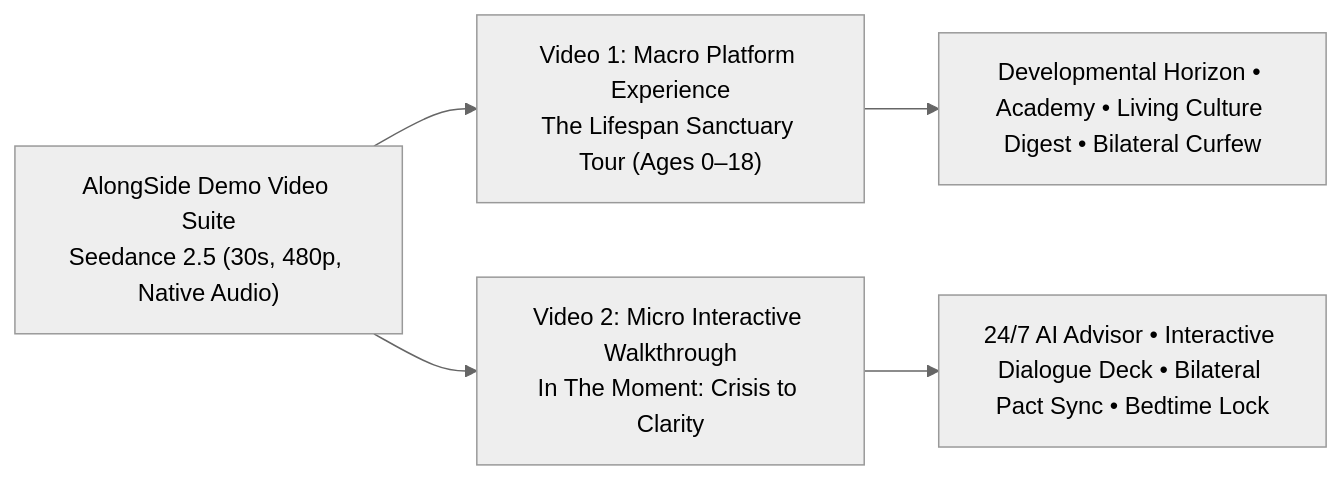
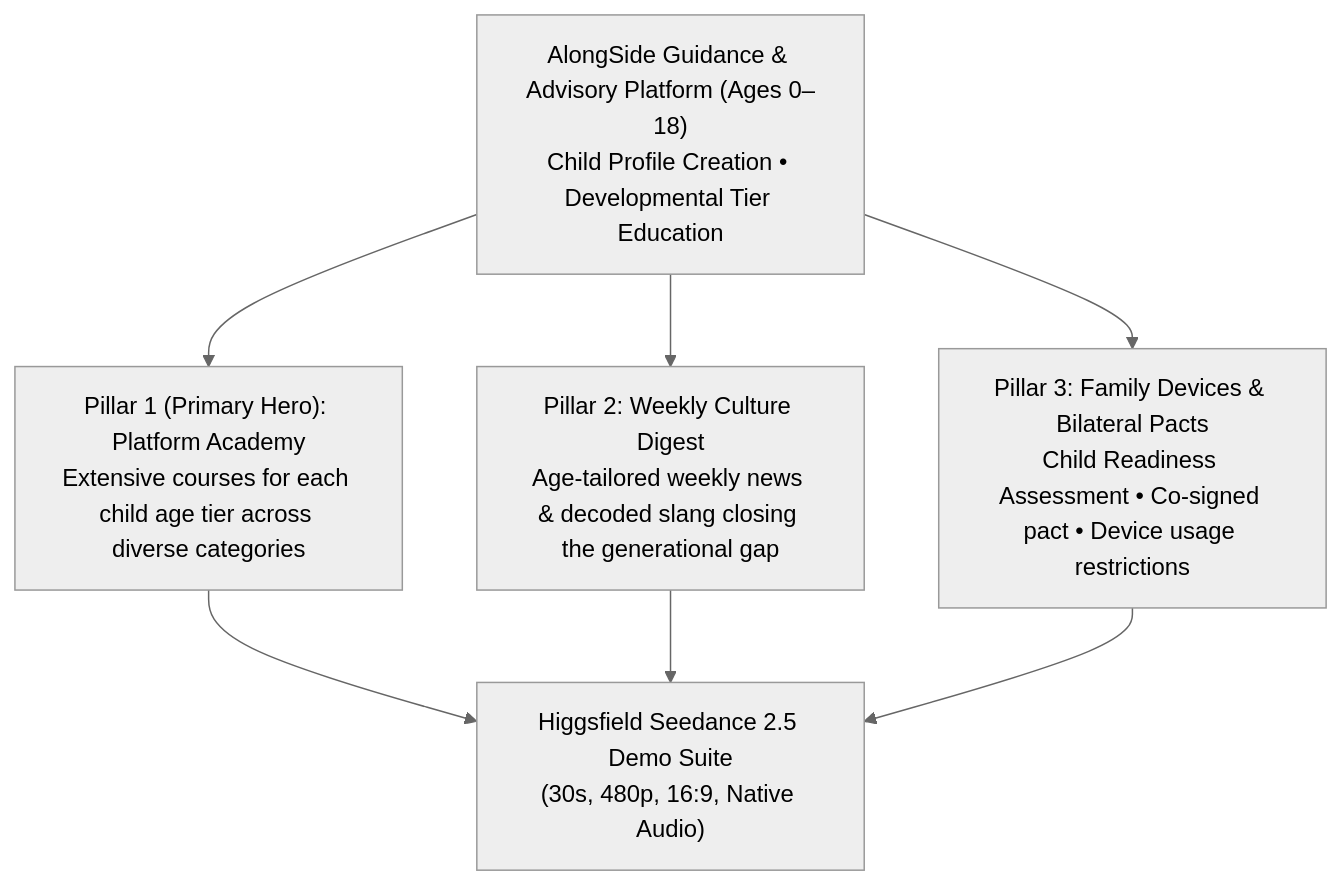
One commit to Souheil007/AlongSide changed the first of 3 diagrams in docs/higgsfield-seedance-demo-video-prompts.md. Above: the diagram before and after it, drawn with Mermaid (neutral theme). The commit also changed other lines of this file and 2 other files, not shown here.

````diff
--- a/docs/higgsfield-seedance-demo-video-prompts.md
+++ b/docs/higgsfield-seedance-demo-video-prompts.md
@@ -20,9 +23,11 @@
 ```mermaid
-graph LR
-    AlongSideDemo["AlongSide Demo Video Suite<br/>Seedance 2.5 (30s, 480p, Native Audio)"]
-    AlongSideDemo --> Video1["Video 1: Macro Platform Experience<br/>The Lifespan Sanctuary Tour (Ages 0–18)"]
-    AlongSideDemo --> Video2["Video 2: Micro Interactive Walkthrough<br/>In The Moment: Crisis to Clarity"]
+graph TD
+    Platform["AlongSide Guidance & Advisory Platform (Ages 0–18)<br/>Child Profile Creation • Developmental Tier Education"]
+    Platform --> Pillar1["Pillar 1 (Primary Hero): Platform Academy<br/>Extensive courses for each child age tier across diverse categories"]
+    Platform --> Pillar2["Pillar 2: Weekly Culture Digest<br/>Age-tailored weekly news & decoded slang closing the generational gap"]
+    Platform --> Pillar3["Pillar 3: Family Devices & Bilateral Pacts<br/>Child Readiness Assessment • Co-signed pact • Device usage restrictions"]
     
-    Video1 --> V1_Feat["Developmental Horizon • Academy • Living Culture Digest • Bilateral Curfew"]
-    Video2 --> V2_Feat["24/7 AI Advisor • Interactive Dialogue Deck • Bilateral Pact Sync • Bedtime Lock"]
+    Pillar1 --> VideoSuite["Higgsfield Seedance 2.5 Demo Suite<br/>(30s, 480p, 16:9, Native Audio)"]
+    Pillar2 --> VideoSuite
+    Pillar3 --> VideoSuite
 ```
````
